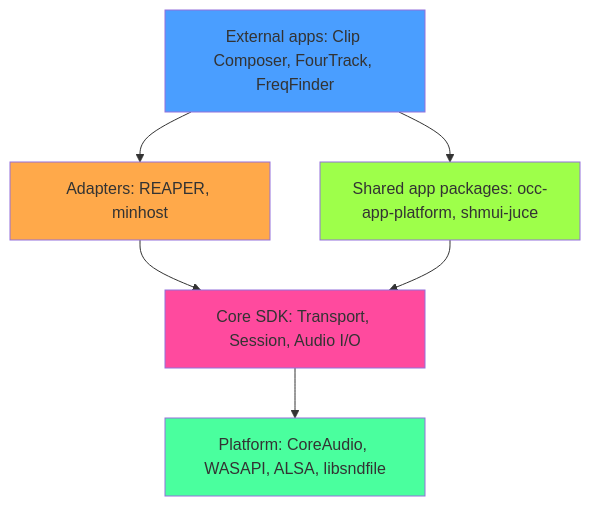
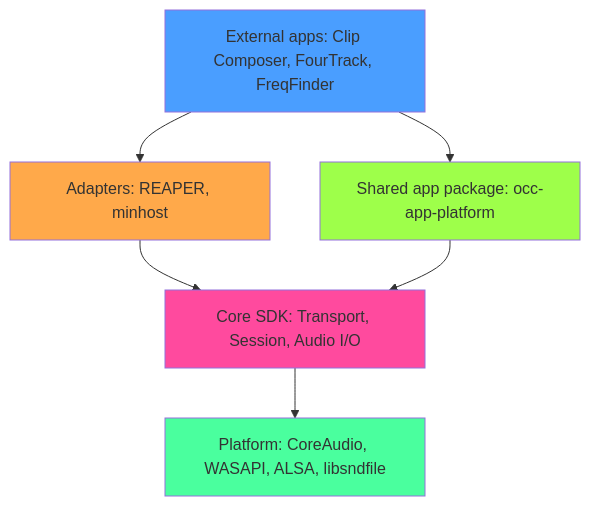
Before and after one commit to boot-industries/treefall-sdk: the diagram in ARCHITECTURE.md, drawn with Mermaid. The commit also changed other lines of this file and 102 other files, not shown here.

First line of the commit message:
feat(shmui): remove shmui-juce package and decouple SDK source (SHM029)

````diff
--- a/ARCHITECTURE.md
+++ b/ARCHITECTURE.md
@@ -180,14 +180,14 @@
 ```mermaid
 graph TD
     A[External apps: Clip Composer, FourTrack, FreqFinder] --> B[Adapters: REAPER, minhost]
-    A --> C[Shared app packages: occ-app-platform, shmui-juce]
+    A --> C[Shared app package: occ-app-platform]
     B --> D[Core SDK: Transport, Session, Audio I/O]
     C --> D
     D --> E[Platform: CoreAudio, WASAPI, ALSA, libsndfile]
 
     style A fill:#4a9eff
     style B fill:#ffa94a
     style C fill:#9eff4a
     style D fill:#ff4a9e
     style E fill:#4aff9e
 ```
````
